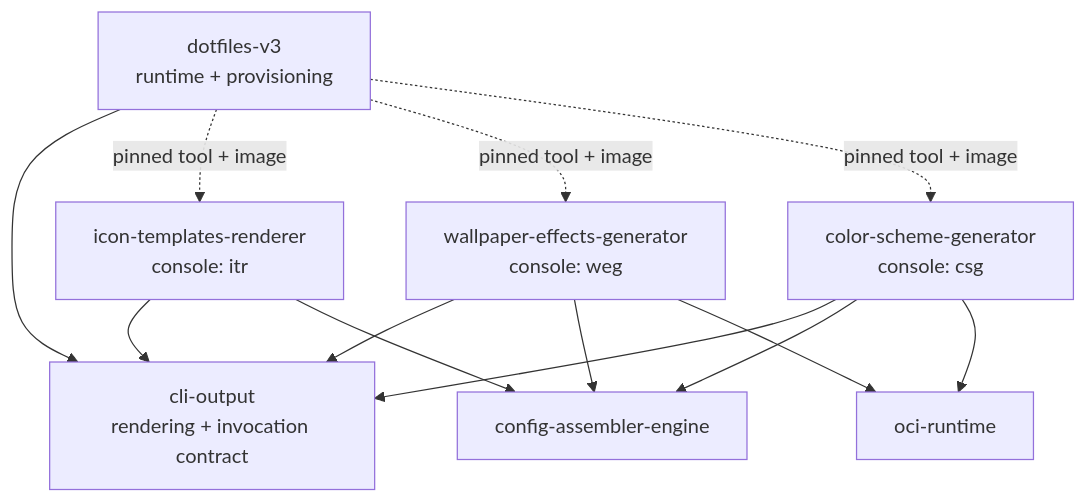
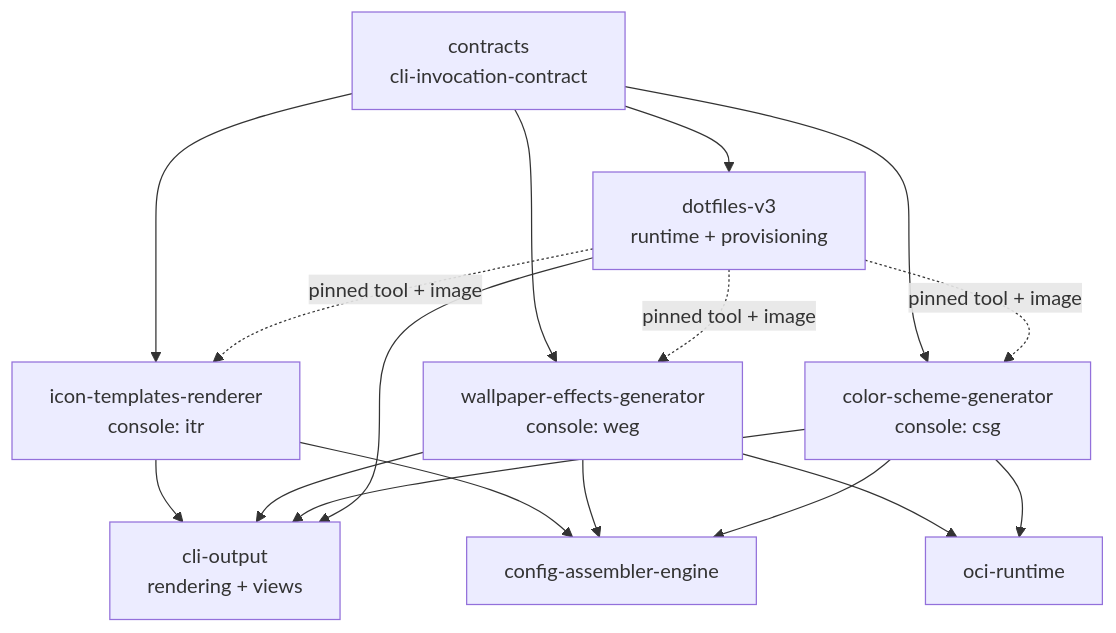
The first of 3 diagrams in _bmad-output/planning-artifacts/architecture/architecture-cli-repos-2026-10-19/ARCHITECTURE-SPINE.md (RandomGenericUsername/dotfiles-v3), drawn with Mermaid before and after one commit. The commit also changed other lines of this file and 3 other files, not shown here.

First line of the commit message:
docs(architecture): move CLI invocation contract to contracts repo (AD-4)

````diff
--- a/_bmad-output/planning-artifacts/architecture/architecture-cli-repos-2026-10-19/ARCHITECTURE-SPINE.md
+++ b/_bmad-output/planning-artifacts/architecture/architecture-cli-repos-2026-10-19/ARCHITECTURE-SPINE.md
@@ -74,23 +77,28 @@
 ```mermaid
 graph TD
-  CO["cli-output<br/>rendering + invocation contract"]
+  CO["cli-output<br/>rendering + views"]
+  CTR["contracts<br/>cli-invocation-contract"]
   CAE["config-assembler-engine"]
   OCI["oci-runtime"]
   ITR["icon-templates-renderer<br/>console: itr"]
   WEG["wallpaper-effects-generator<br/>console: weg"]
   CSG["color-scheme-generator<br/>console: csg"]
   DTF["dotfiles-v3<br/>runtime + provisioning"]
 
+  CTR --> ITR
+  CTR --> WEG
+  CTR --> CSG
+  CTR --> DTF
   ITR --> CO
   ITR --> CAE
   WEG --> CO
   WEG --> CAE
   WEG --> OCI
   CSG --> CO
   CSG --> CAE
   CSG --> OCI
   DTF --> CO
   DTF -. "pinned tool + image" .-> ITR
   DTF -. "pinned tool + image" .-> WEG
   DTF -. "pinned tool + image" .-> CSG
 ```
````
